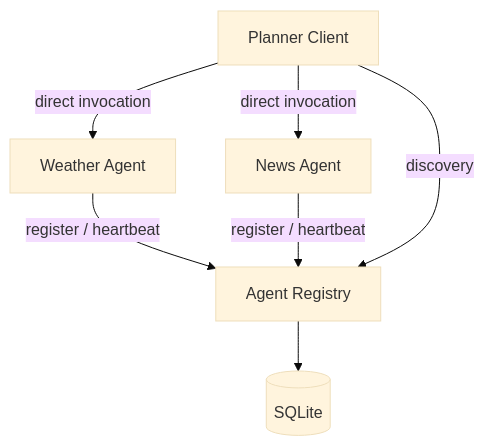
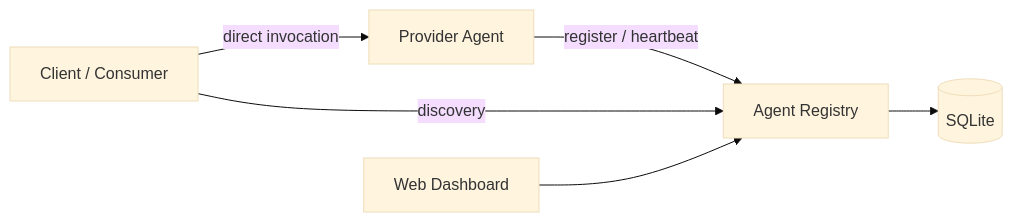
Before and after one commit to HPHind110/agent-registry: the diagram in README.md, drawn with Mermaid (base theme). The commit also changed other lines of this file, not shown here.

Commit message:
Rewrite README around Registry product and web-first workflow

````diff
--- a/README.md
+++ b/README.md
@@ -17,9 +20,10 @@
 ```mermaid
-flowchart TD
-    W[Weather Agent] -->|register / heartbeat| R[Agent Registry]
-    N[News Agent] -->|register / heartbeat| R
-    P[Planner Client] -->|discovery| R
-    P -->|direct invocation| W
-    P -->|direct invocation| N
-    R --> D[(SQLite)]
+flowchart LR
+    A[Provider Agent] -->|register / heartbeat| R[Agent Registry]
+    C[Client / Consumer] -->|discovery| R
+    R --> DB[(SQLite)]
+
+    C -->|direct invocation| A
+
+    H[Web Dashboard] --> R
 ```
````
